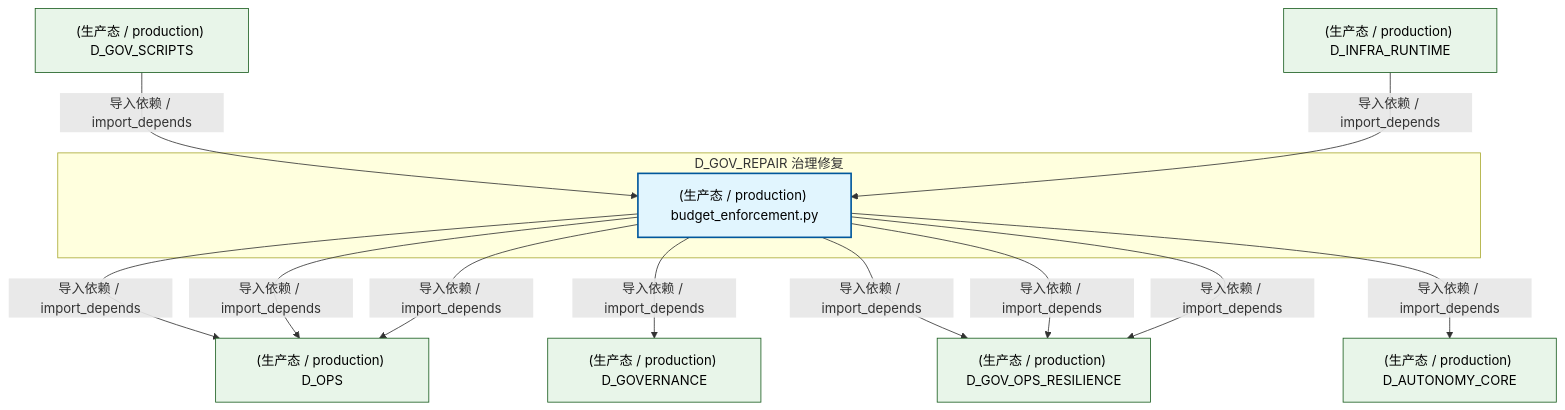
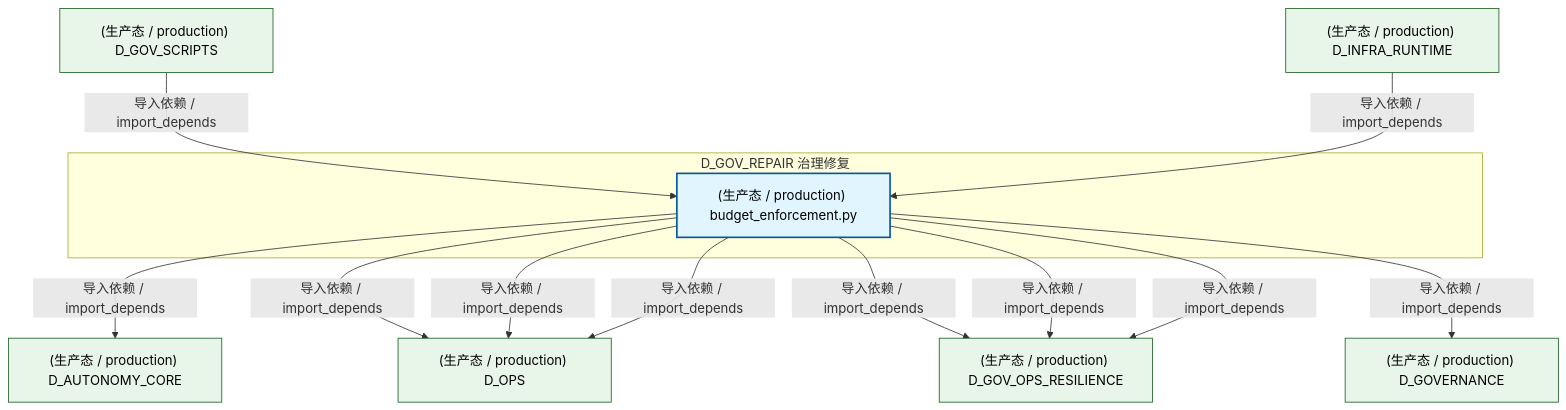
One commit to xuanFelixVan/ZephyrAlpha changed the second of 3 diagrams in docs/02_enterprise_architecture/02_domain_architecture_docs/54_d_gov_repair.md. Above: the diagram before and after it, drawn with Mermaid. The commit also changed other lines of this file and 48 other files, not shown here.

````diff
--- a/docs/02_enterprise_architecture/02_domain_architecture_docs/54_d_gov_repair.md
+++ b/docs/02_enterprise_architecture/02_domain_architecture_docs/54_d_gov_repair.md
@@ -94,28 +94,28 @@
 ```mermaid
 graph TD
     subgraph D_GOV_REPAIR["D_GOV_REPAIR 治理修复"]
         src_zephyr_governance_financial_governance_budget_enforcement_py["(生产态 / production) budget_enforcement.py"]
     end
+    D_AUTONOMY_CORE["(生产态 / production) D_AUTONOMY_CORE"]
+    src_zephyr_governance_financial_governance_budget_enforcement_py -->|导入依赖 / import_depends| D_AUTONOMY_CORE
     D_OPS["(生产态 / production) D_OPS"]
+    src_zephyr_governance_financial_governance_budget_enforcement_py -->|导入依赖 / import_depends| D_OPS
+    D_GOV_OPS_RESILIENCE["(生产态 / production) D_GOV_OPS_RESILIENCE"]
+    src_zephyr_governance_financial_governance_budget_enforcement_py -->|导入依赖 / import_depends| D_GOV_OPS_RESILIENCE
     src_zephyr_governance_financial_governance_budget_enforcement_py -->|导入依赖 / import_depends| D_OPS
     D_GOVERNANCE["(生产态 / production) D_GOVERNANCE"]
     src_zephyr_governance_financial_governance_budget_enforcement_py -->|导入依赖 / import_depends| D_GOVERNANCE
-    D_GOV_OPS_RESILIENCE["(生产态 / production) D_GOV_OPS_RESILIENCE"]
     src_zephyr_governance_financial_governance_budget_enforcement_py -->|导入依赖 / import_depends| D_GOV_OPS_RESILIENCE
     src_zephyr_governance_financial_governance_budget_enforcement_py -->|导入依赖 / import_depends| D_GOV_OPS_RESILIENCE
     src_zephyr_governance_financial_governance_budget_enforcement_py -->|导入依赖 / import_depends| D_OPS
-    D_AUTONOMY_CORE["(生产态 / production) D_AUTONOMY_CORE"]
-    src_zephyr_governance_financial_governance_budget_enforcement_py -->|导入依赖 / import_depends| D_AUTONOMY_CORE
-    src_zephyr_governance_financial_governance_budget_enforcement_py -->|导入依赖 / import_depends| D_OPS
-    src_zephyr_governance_financial_governance_budget_enforcement_py -->|导入依赖 / import_depends| D_GOV_OPS_RESILIENCE
     D_GOV_SCRIPTS["(生产态 / production) D_GOV_SCRIPTS"]
     D_GOV_SCRIPTS -->|导入依赖 / import_depends| src_zephyr_governance_financial_governance_budget_enforcement_py
     D_INFRA_RUNTIME["(生产态 / production) D_INFRA_RUNTIME"]
     D_INFRA_RUNTIME -->|导入依赖 / import_depends| src_zephyr_governance_financial_governance_budget_enforcement_py
     classDef production fill:#e1f5fe,stroke:#01579b,stroke-width:2px,color:#000
     classDef design fill:#fff3e0,stroke:#e65100,stroke-width:2px,color:#000,stroke-dasharray: 5 5
     classDef external_prod fill:#e8f5e9,stroke:#1b5e20,stroke-width:1px,color:#000
     classDef external_design fill:#fce4ec,stroke:#880e4f,stroke-width:1px,color:#000,stroke-dasharray: 5 5
     class src_zephyr_governance_financial_governance_budget_enforcement_py production
-    class D_OPS,D_GOVERNANCE,D_GOV_OPS_RESILIENCE,D_AUTONOMY_CORE,D_GOV_SCRIPTS,D_INFRA_RUNTIME external_prod
+    class D_AUTONOMY_CORE,D_OPS,D_GOV_OPS_RESILIENCE,D_GOVERNANCE,D_GOV_SCRIPTS,D_INFRA_RUNTIME external_prod
 ```
````
